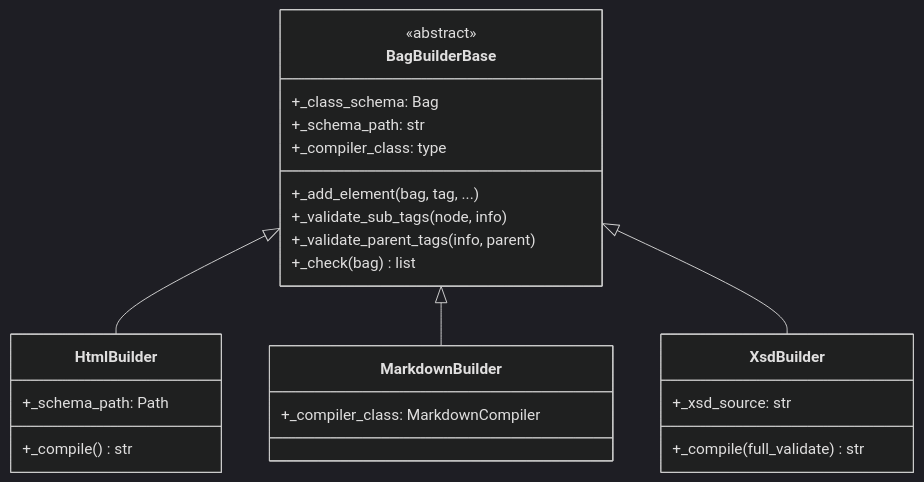
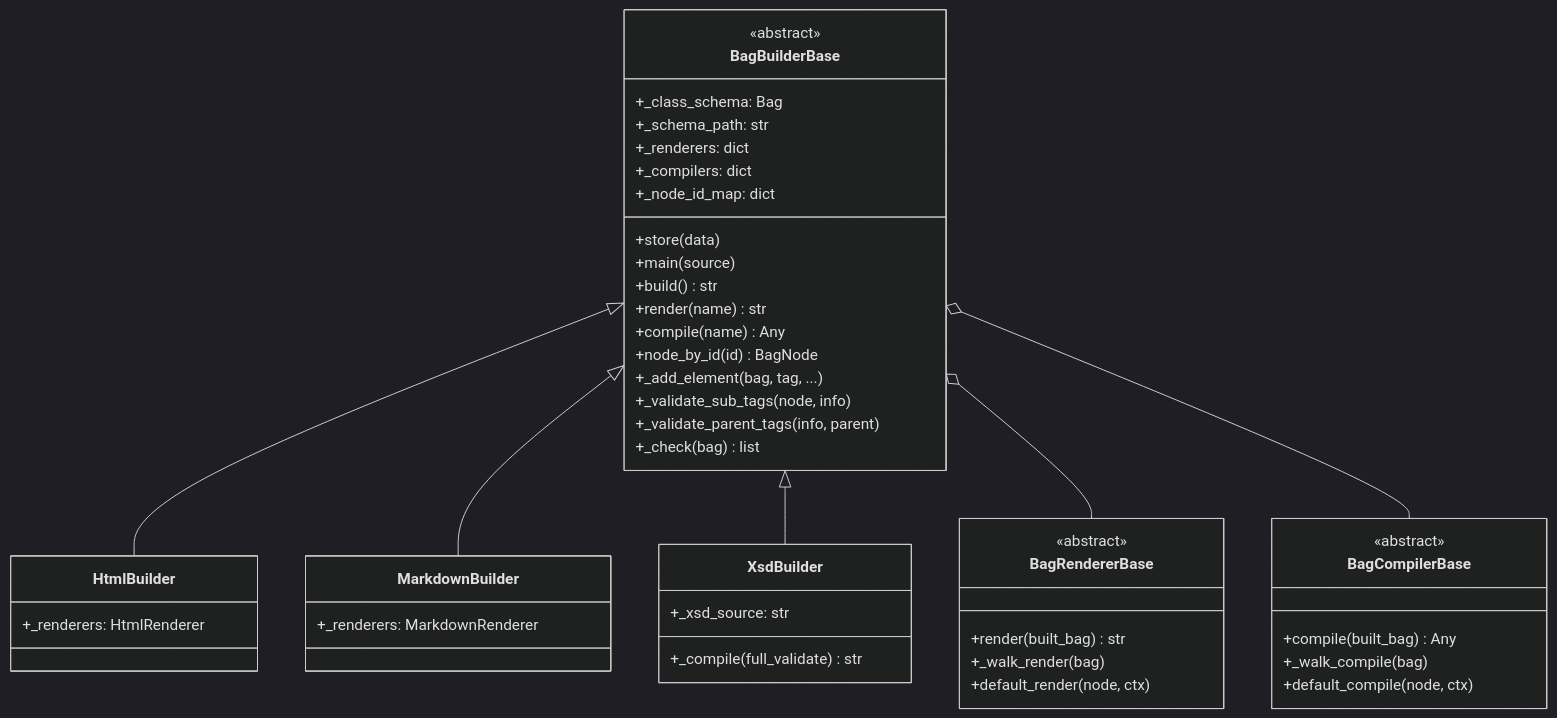
Diagram 11 of 16 in docs/reference/architecture.md (genropy/genro-builders), drawn with Mermaid (dark theme) before and after one commit. The commit also changed 14 other files, not shown here.

````diff
--- a/docs/reference/architecture.md
+++ b/docs/reference/architecture.md
@@ -233,31 +233,54 @@
 ```mermaid
 classDiagram
     class BagBuilderBase {
         <<abstract>>
         +_class_schema: Bag
         +_schema_path: str
-        +_compiler_class: type
+        +_renderers: dict
+        +_compilers: dict
+        +_node_id_map: dict
+        +store(data)
+        +main(source)
+        +build() str
+        +render(name) str
+        +compile(name) Any
+        +node_by_id(id) BagNode
         +_add_element(bag, tag, ...)
         +_validate_sub_tags(node, info)
         +_validate_parent_tags(info, parent)
         +_check(bag) list
     }
 
+    class BagRendererBase {
+        <<abstract>>
+        +render(built_bag) str
+        +_walk_render(bag)
+        +default_render(node, ctx)
+    }
+
+    class BagCompilerBase {
+        <<abstract>>
+        +compile(built_bag) Any
+        +_walk_compile(bag)
+        +default_compile(node, ctx)
+    }
+
     class HtmlBuilder {
-        +_schema_path: Path
-        +_compile() str
+        +_renderers: HtmlRenderer
     }
 
     class MarkdownBuilder {
-        +_compiler_class: MarkdownCompiler
+        +_renderers: MarkdownRenderer
     }
 
     class XsdBuilder {
         +_xsd_source: str
         +_compile(full_validate) str
     }
 
     BagBuilderBase <|-- HtmlBuilder
     BagBuilderBase <|-- MarkdownBuilder
     BagBuilderBase <|-- XsdBuilder
+    BagBuilderBase o-- BagRendererBase
+    BagBuilderBase o-- BagCompilerBase
 ```
````
